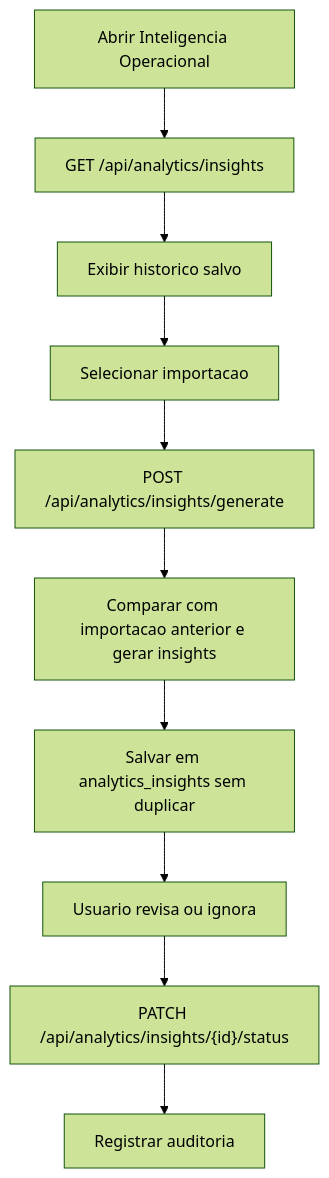
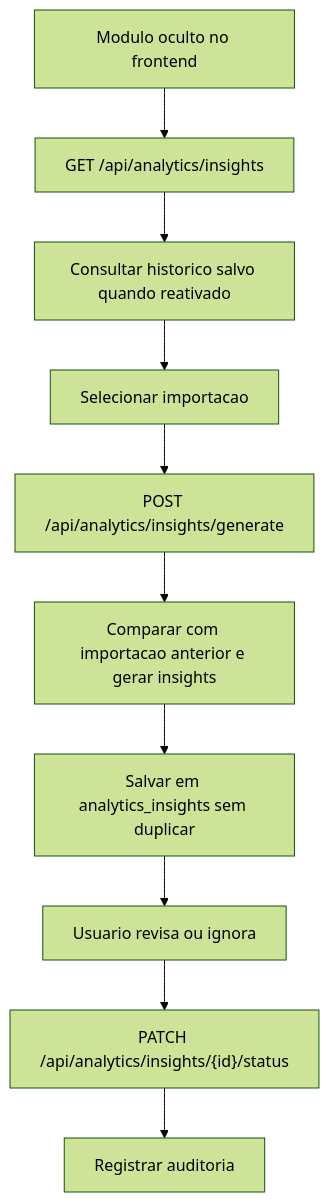
Before and after one commit to GiovannaBarbieri/alfred: the fourth of 15 diagrams in docs/11-diagramas-endpoints-fluxos.md, drawn with Mermaid (forest theme). The commit also changed other lines of this file and 11 other files, not shown here.

````diff
--- a/docs/11-diagramas-endpoints-fluxos.md
+++ b/docs/11-diagramas-endpoints-fluxos.md
@@ -404,12 +408,12 @@
 ```mermaid
 flowchart TD
-  A["Abrir Inteligencia Operacional"] --> B["GET /api/analytics/insights"]
-  B --> C["Exibir historico salvo"]
+  A["Modulo oculto no frontend"] --> B["GET /api/analytics/insights"]
+  B --> C["Consultar historico salvo quando reativado"]
   C --> D["Selecionar importacao"]
   D --> E["POST /api/analytics/insights/generate"]
   E --> F["Comparar com importacao anterior e gerar insights"]
   F --> G["Salvar em analytics_insights sem duplicar"]
   G --> H["Usuario revisa ou ignora"]
   H --> I["PATCH /api/analytics/insights/{id}/status"]
   I --> J["Registrar auditoria"]
 ```
````
